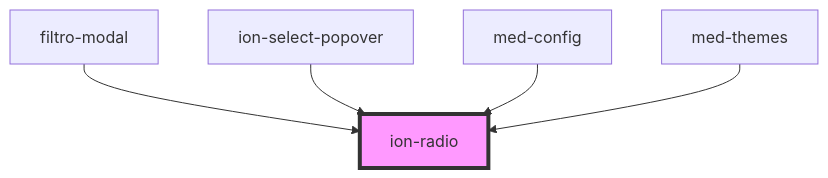
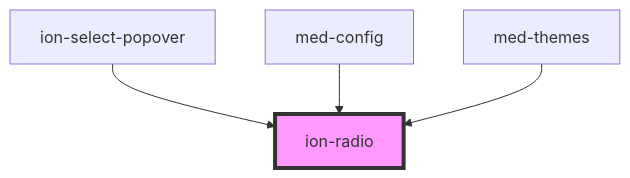
The diagram in core/src/components/radio/readme.md (MEDGRUPOGIT/ionic-framework-1), drawn with Mermaid before and after one commit. The commit also changed other lines of this file and 486 other files, not shown here.

````diff
--- a/core/src/components/radio/readme.md
+++ b/core/src/components/radio/readme.md
@@ -233,8 +232,7 @@
 ```mermaid
 graph TD;
-  filtro-modal --> ion-radio
   ion-select-popover --> ion-radio
   med-config --> ion-radio
   med-themes --> ion-radio
   style ion-radio fill:#f9f,stroke:#333,stroke-width:4px
 ```
````
